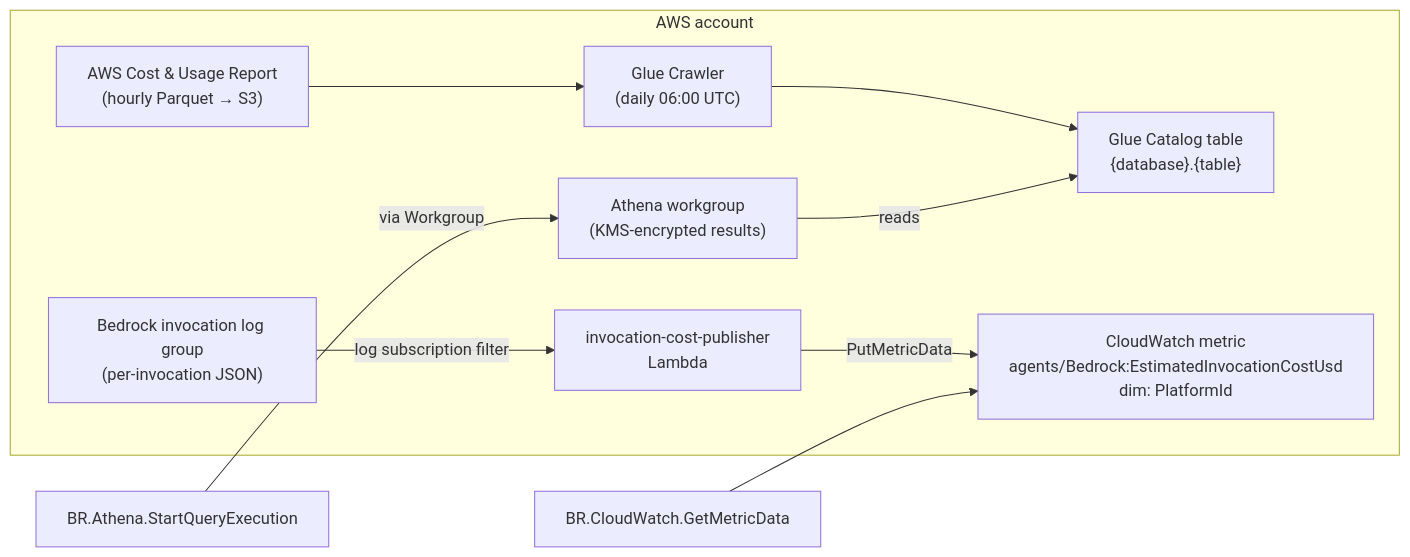
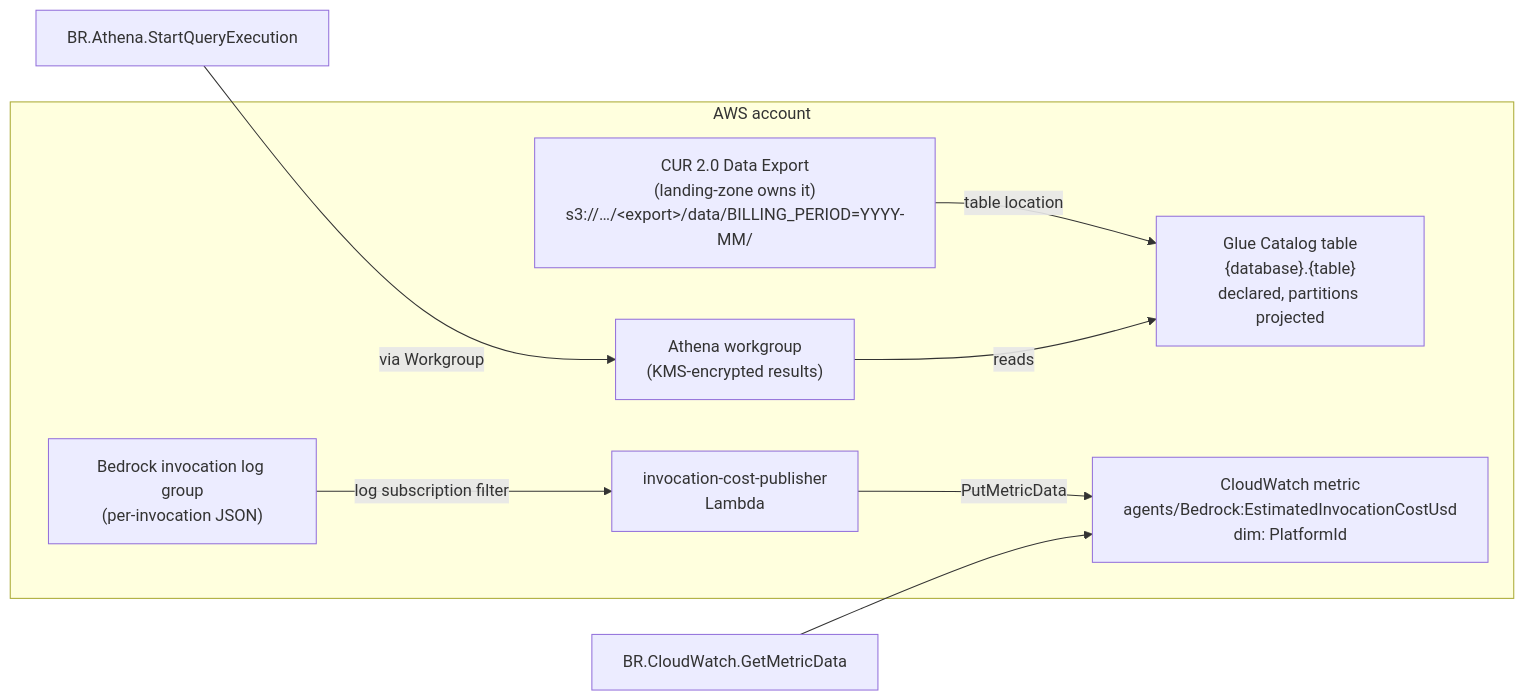
The second of 2 diagrams in docs/architecture/budget-reconcile-flow.md (nanohype/eks-agent-platform), drawn with Mermaid before and after one commit. The commit also changed other lines of this file and 12 other files, not shown here.

````diff
--- a/docs/architecture/budget-reconcile-flow.md
+++ b/docs/architecture/budget-reconcile-flow.md
@@ -54,23 +54,21 @@
 ```mermaid
 flowchart LR
   subgraph aws["AWS account"]
-    CUR["AWS Cost & Usage Report<br/>(hourly Parquet → S3)"]
-    Crawler["Glue Crawler<br/>(daily 06:00 UTC)"]
-    GlueTable["Glue Catalog table<br/>{database}.{table}"]
+    CUR["CUR 2.0 Data Export<br/>(landing-zone owns it)<br/>s3://…/&lt;export&gt;/data/BILLING_PERIOD=YYYY-MM/"]
+    GlueTable["Glue Catalog table<br/>{database}.{table}<br/>declared, partitions projected"]
     Workgroup["Athena workgroup<br/>(KMS-encrypted results)"]
 
     BL["Bedrock invocation log group<br/>(per-invocation JSON)"]
     Lambda["invocation-cost-publisher<br/>Lambda"]
     CWNS["CloudWatch metric<br/>agents/Bedrock:EstimatedInvocationCostUsd<br/>dim: PlatformId"]
   end
 
-  CUR --> Crawler
-  Crawler --> GlueTable
+  CUR -->|table location| GlueTable
   Workgroup -->|reads| GlueTable
 
   BL -->|log subscription filter| Lambda
   Lambda -->|PutMetricData| CWNS
 
   Athena[BR.Athena.StartQueryExecution] -->|via Workgroup| Workgroup
   CW[BR.CloudWatch.GetMetricData] --> CWNS
 ```
````
